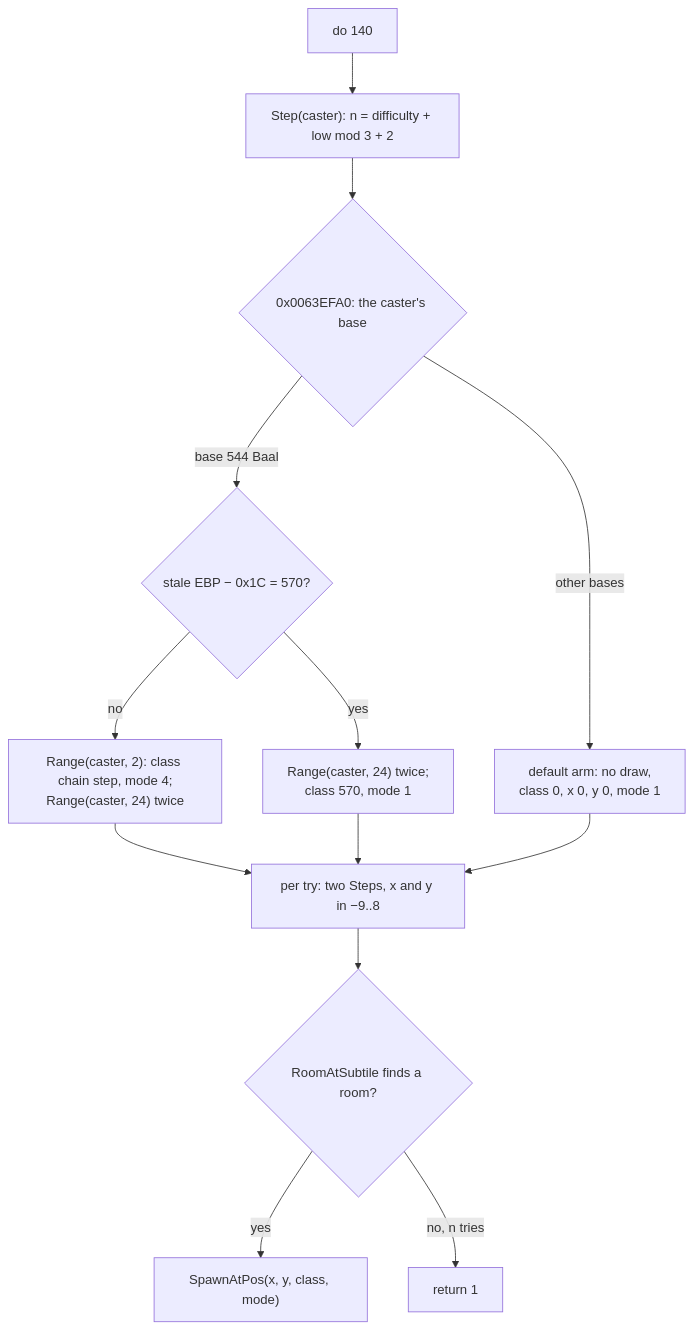
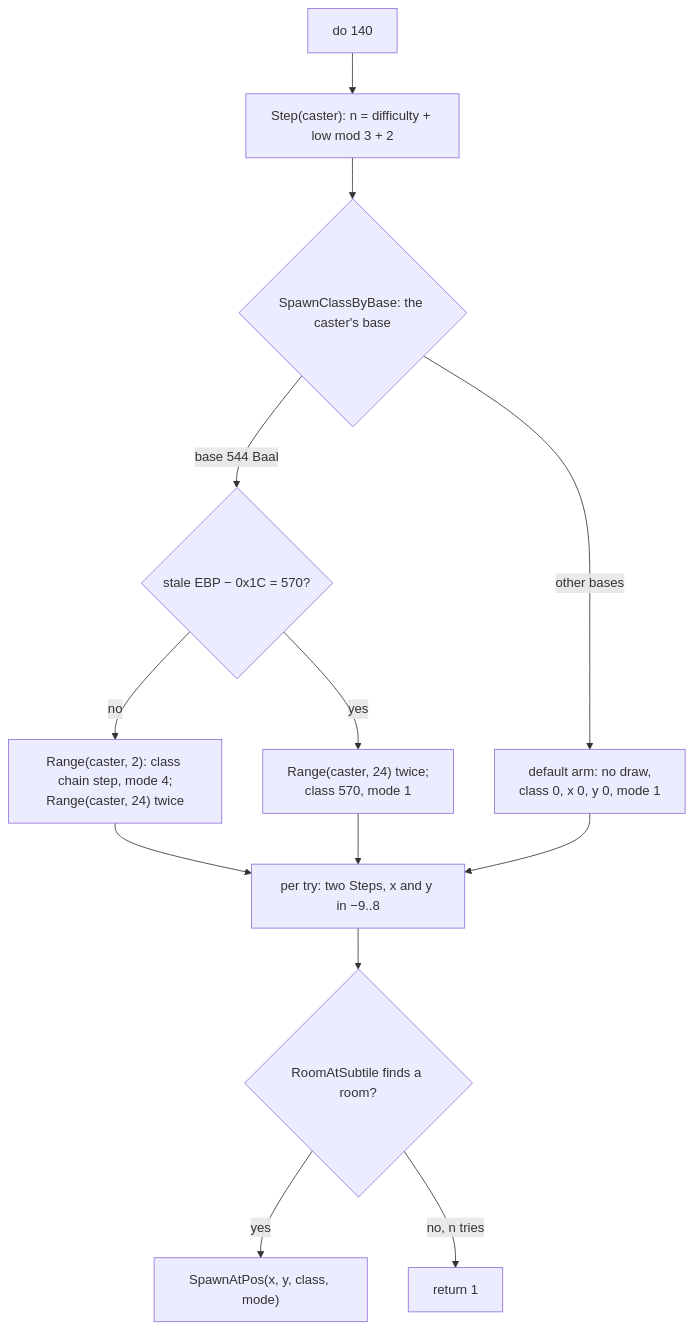
Before and after one commit to IgorKonovalov/diablo-2-recompilation: the sixth of 6 diagrams in docs/specs/skills/catalogue.md, drawn with Mermaid. The commit also changed other lines of this file and 32 other files, not shown here.

````diff
--- a/docs/specs/skills/catalogue.md
+++ b/docs/specs/skills/catalogue.md
@@ -1261,15 +1262,15 @@
 ```mermaid
 flowchart TD
   e["do 140"] --> cnt["Step(caster): n = difficulty + low mod 3 + 2"]
-  cnt --> arm{"0x0063EFA0: the caster's base"}
+  cnt --> arm{"SpawnClassByBase: the caster's base"}
   arm -->|"base 544 Baal"| sw{"stale EBP − 0x1C = 570?"}
   sw -->|no| a3["Range(caster, 2): class chain step, mode 4;<br/>Range(caster, 24) twice"]
   sw -->|yes| a2["Range(caster, 24) twice;<br/>class 570, mode 1"]
   arm -->|other bases| def["default arm: no draw,<br/>class 0, x 0, y 0, mode 1"]
   a3 --> tr["per try: two Steps, x and y in −9..8"]
   a2 --> tr
   def --> tr
   tr --> room{"RoomAtSubtile finds a room?"}
   room -->|yes| sp["SpawnAtPos(x, y, class, mode)"]
   room -->|"no, n tries"| r1["return 1"]
 ```
````
